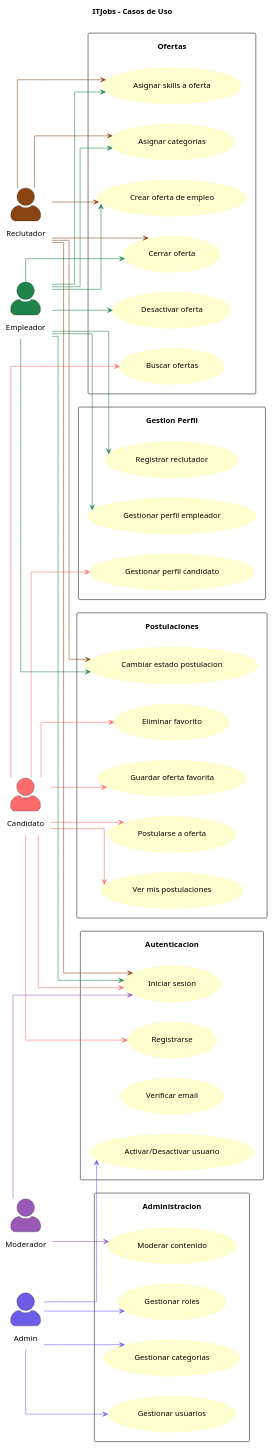
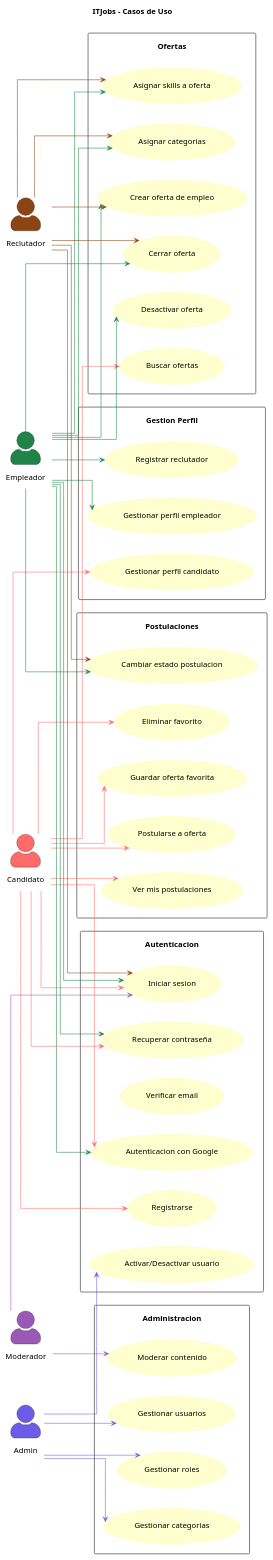
The diagram in itjobs-docs/diagrams/use-cases.puml (Leonardo-Robot-PostRock/RiseTogetherDemo), drawn with PlantUML before and after one commit. The commit also changed 2 other files, not shown here.

Commit message:
docs(diagrams): update class diagram, ER diagram, and use cases

```diff
--- a/itjobs-docs/diagrams/use-cases.puml
+++ b/itjobs-docs/diagrams/use-cases.puml
@@ -1,96 +1,102 @@
 @startuml ITJobsUseCases
 
 title ITJobs - Casos de Uso
 
 left to right direction
 
 skinparam actorStyle awesome
 skinparam usecaseBorderColor transparent
 skinparam usecaseBackgroundColor #FEFECE
 skinparam padding 12
 skinparam rectangleSpacing 40
 skinparam actorPadding 20
 skinparam linetype ortho
 skinparam arrowAngle 20
 
 actor "Candidato" as CAND #FF6B6B
 actor "Empleador" as EMP #1E8449
 actor "Admin" as ADM #6C5CE7
 actor "Moderador" as MOD #9B59B6
 actor "Reclutador" as REC #8B4513
 
 rectangle "Autenticacion" {
     (Registrarse) as UC01
     (Iniciar sesion) as UC02
     (Verificar email) as UC03
     (Activar/Desactivar usuario) as UC04
+    (Recuperar contraseña) as UC23
+    (Autenticacion con Google) as UC24
 }
 
 rectangle "Gestion Perfil" {
     (Gestionar perfil candidato) as UC05
     (Gestionar perfil empleador) as UC06
     (Registrar reclutador) as UC07
 }
 
 rectangle "Ofertas" {
     (Crear oferta de empleo) as UC08
     (Buscar ofertas) as UC09
     (Cerrar oferta) as UC10
     (Desactivar oferta) as UC11
     (Asignar skills a oferta) as UC12
     (Asignar categorias) as UC13
 }
 
 rectangle "Postulaciones" {
     (Postularse a oferta) as UC14
     (Ver mis postulaciones) as UC15
     (Cambiar estado postulacion) as UC16
     (Guardar oferta favorita) as UC17
     (Eliminar favorito) as UC18
 }
 
 rectangle "Administracion" {
     (Gestionar categorias) as UC19
     (Gestionar usuarios) as UC20
     (Moderar contenido) as UC21
     (Gestionar roles) as UC22
 }
 
 CAND -[#FF6B6B]-> UC01
 CAND -[#FF6B6B]-> UC02
+CAND -[#FF6B6B]-> UC23
+CAND -[#FF6B6B]-> UC24
 CAND -[#FF6B6B]-> UC05
 CAND -[#FF6B6B]-> UC09
 CAND -[#FF6B6B]-> UC14
 CAND -[#FF6B6B]-> UC15
 CAND -[#FF6B6B]-> UC17
 CAND -[#FF6B6B]-> UC18
 
 EMP -[#1E8449]-> UC02
+EMP -[#1E8449]-> UC23
+EMP -[#1E8449]-> UC24
 EMP -[#1E8449]-> UC06
 EMP -[#1E8449]-> UC07
 EMP -[#1E8449]-> UC08
 EMP -[#1E8449]-> UC10
 EMP -[#1E8449]-> UC11
 EMP -[#1E8449]-> UC12
 EMP -[#1E8449]-> UC13
 EMP -[#1E8449]-> UC16
 
 REC -[#8B4513]-> UC02
 REC -[#8B4513]-> UC08
 REC -[#8B4513]-> UC10
 REC -[#8B4513]-> UC12
 REC -[#8B4513]-> UC13
 REC -[#8B4513]-> UC16
 
 MOD -[#9B59B6]-> UC02
 MOD -[#9B59B6]-> UC21
 
 ADM -[#6C5CE7]-> UC04
 ADM -[#6C5CE7]-> UC19
 ADM -[#6C5CE7]-> UC20
 ADM -[#6C5CE7]-> UC22
 
 hide stereotype
 hide empty description
 
 @enduml
```
